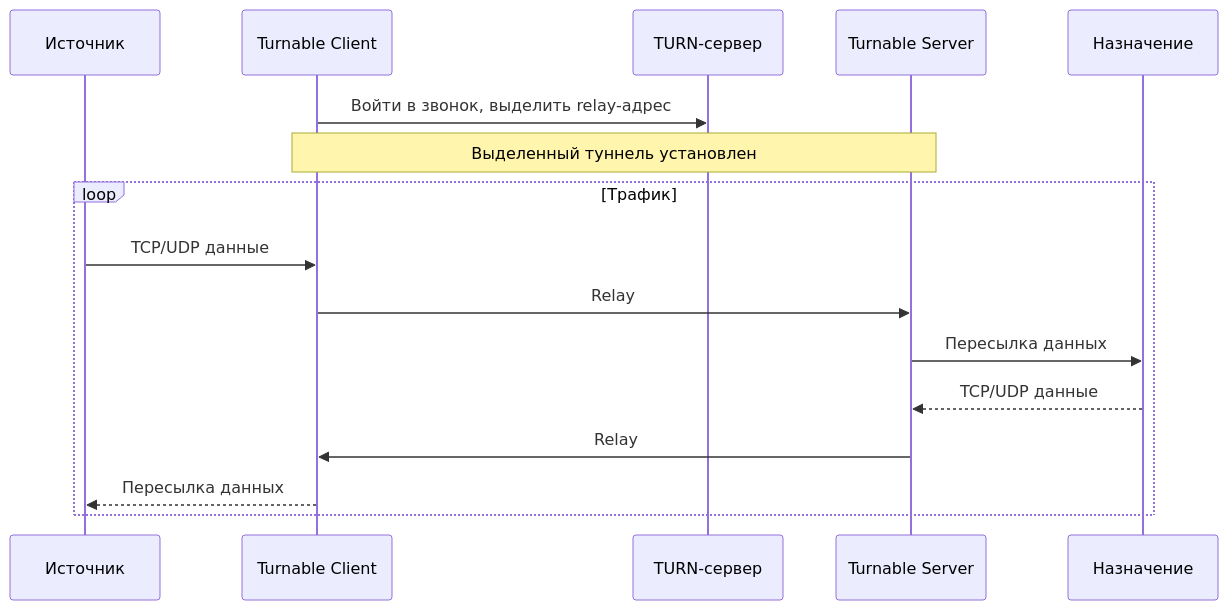
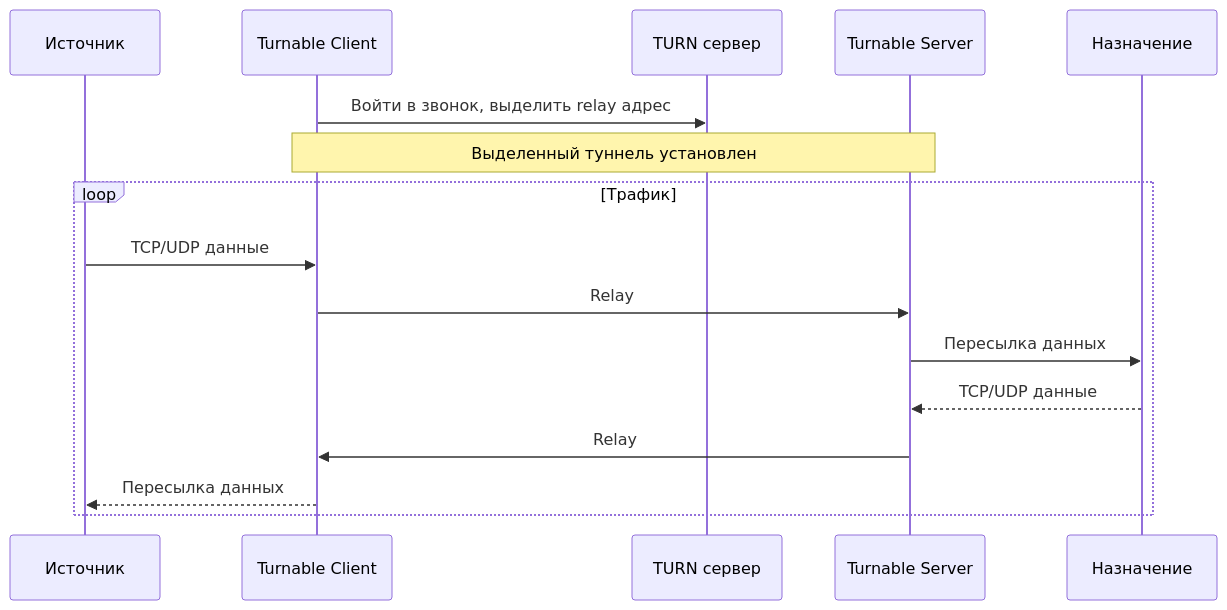
Before and after one commit to TheAirBlow/Turnable: the first of 3 diagrams in README_RU.md, drawn with Mermaid. The commit also changed other lines of this file and 1 other file, not shown here.

````diff
--- a/README_RU.md
+++ b/README_RU.md
@@ -23,20 +25,20 @@
 ```mermaid
 sequenceDiagram
     participant App as Источник
     participant TC as Turnable Client
-    participant TURN as TURN-сервер
+    participant TURN as TURN сервер
     participant TS as Turnable Server
     participant Dest as Назначение
 
-    TC->>TURN: Войти в звонок, выделить relay-адрес
+    TC->>TURN: Войти в звонок, выделить relay адрес
     Note over TC,TS: Выделенный туннель установлен
 
     loop Трафик
         App->>TC: TCP/UDP данные
         TC->>TS: Relay
         TS->>Dest: Пересылка данных
         Dest-->>TS: TCP/UDP данные
         TS->>TC: Relay
         TC-->>App: Пересылка данных
     end
 ```
````
